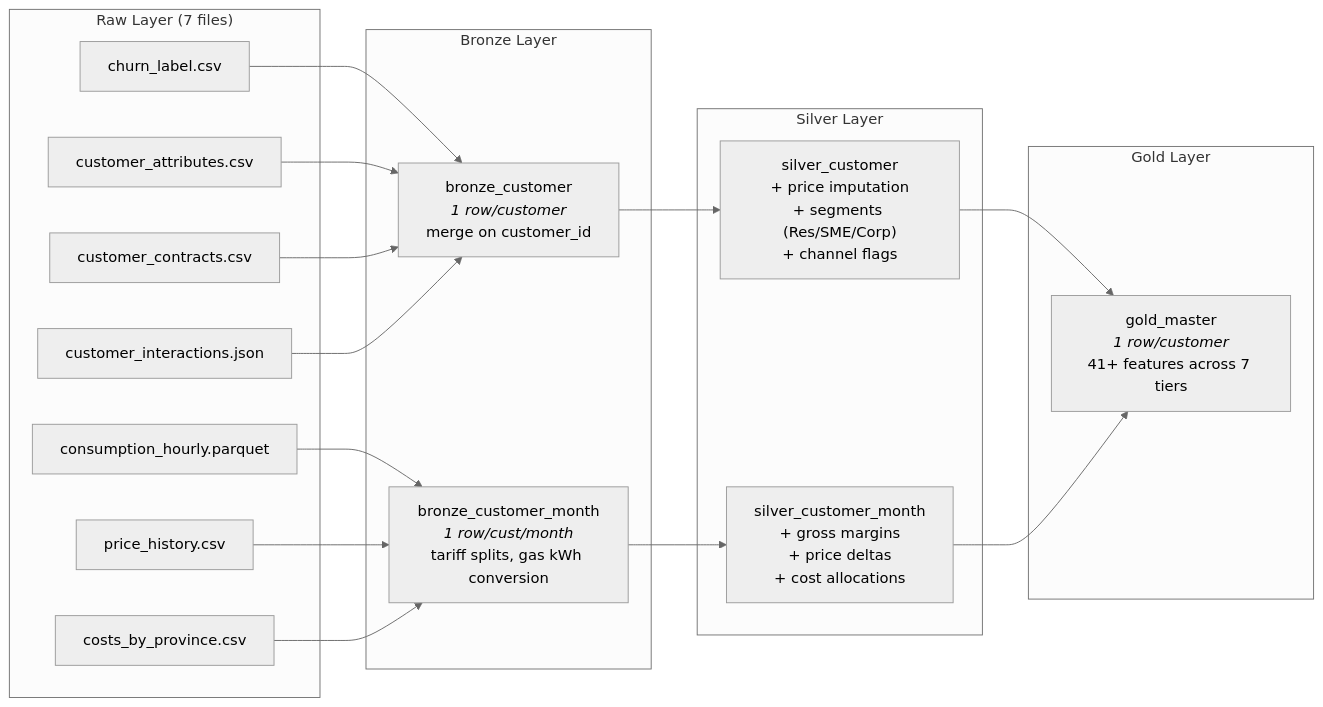
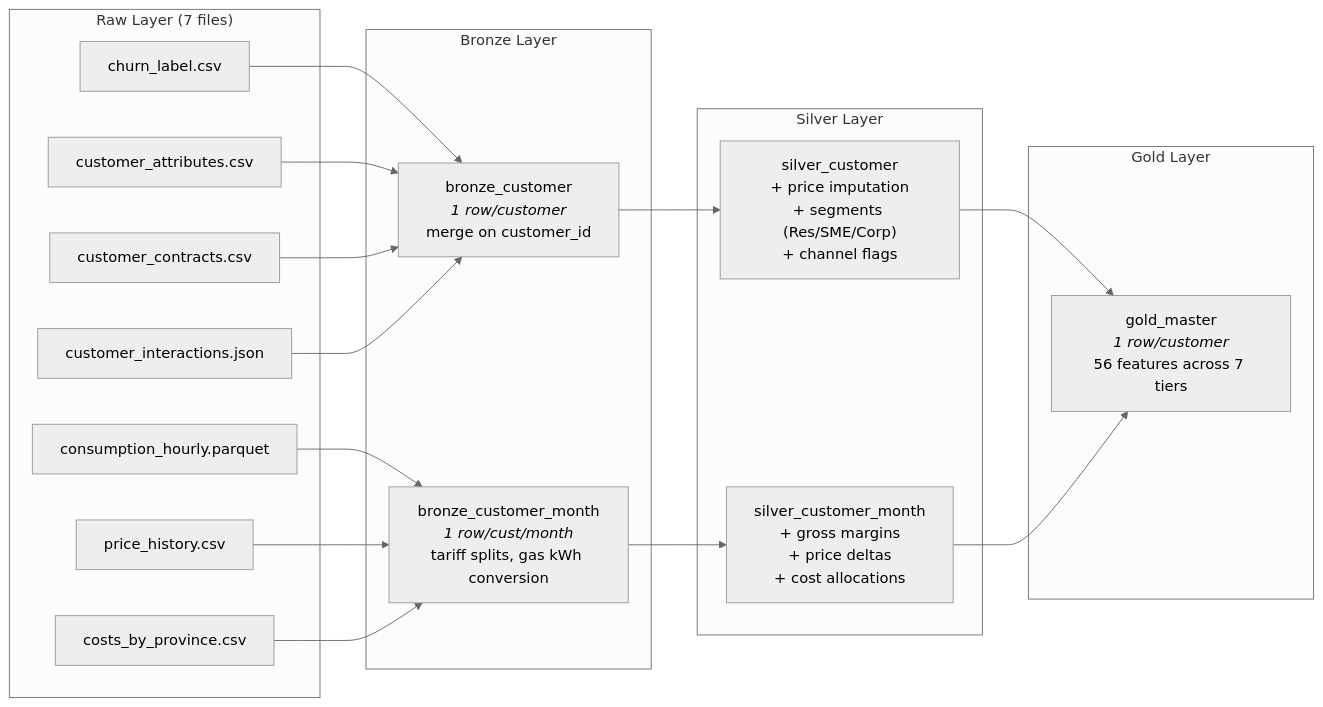
Before and after one commit to rawad-yared/bcgx-spanishgas-g1: the second of 8 diagrams in README.md, drawn with Mermaid (neutral theme). The commit also changed other lines of this file and 2 other files, not shown here.

````diff
--- a/README.md
+++ b/README.md
@@ -130,32 +130,32 @@
 ```mermaid
 graph LR
     subgraph RAW["Raw Layer (7 files)"]
         CL["churn_label.csv"]
         CA["customer_attributes.csv"]
         CC["customer_contracts.csv"]
         CI["customer_interactions.json"]
         CH["consumption_hourly.parquet"]
         PH["price_history.csv"]
         CP["costs_by_province.csv"]
     end
 
     subgraph BRONZE["Bronze Layer"]
         BC["bronze_customer<br/><i>1 row/customer</i><br/>merge on customer_id"]
         BCM["bronze_customer_month<br/><i>1 row/cust/month</i><br/>tariff splits, gas kWh conversion"]
     end
 
     subgraph SILVER["Silver Layer"]
         SC["silver_customer<br/>+ price imputation<br/>+ segments (Res/SME/Corp)<br/>+ channel flags"]
         SCM["silver_customer_month<br/>+ gross margins<br/>+ price deltas<br/>+ cost allocations"]
     end
 
     subgraph GOLD["Gold Layer"]
-        GM["gold_master<br/><i>1 row/customer</i><br/>41+ features across 7 tiers"]
+        GM["gold_master<br/><i>1 row/customer</i><br/>56 features across 7 tiers"]
     end
 
     CL & CA & CC & CI --> BC
     CH & PH & CP --> BCM
     BC --> SC
     BCM --> SCM
     SC & SCM --> GM
 ```
````
